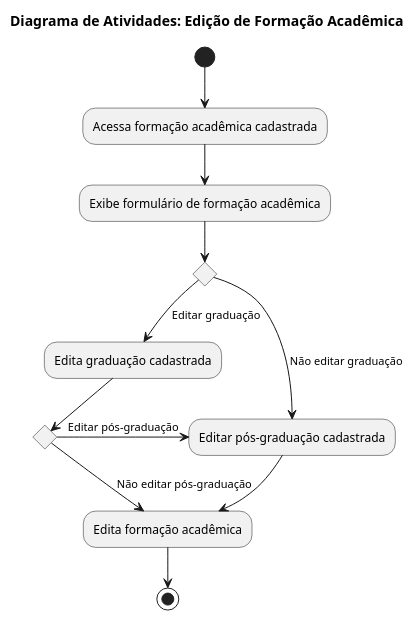
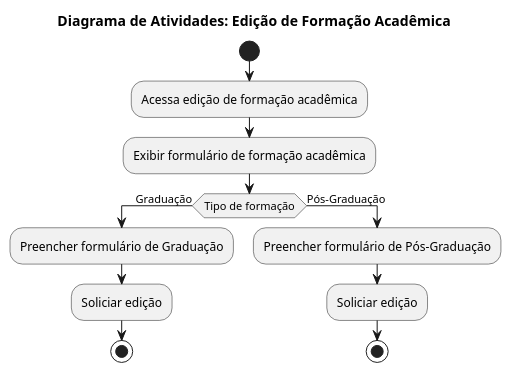
The diagram in Diagramas/Formação Acadêmica/diagAtivEditFormAcademica.wsd (WellingtonFelipeLS/Lattes-Simplificado), drawn with PlantUML before and after one commit. The commit also changed 19 other files, not shown here.

Commit message:
Patronização dos diagramas.

```diff
--- a/Diagramas/Formação Acadêmica/diagAtivEditFormAcademica.wsd
+++ b/Diagramas/Formação Acadêmica/diagAtivEditFormAcademica.wsd
@@ -1,19 +1,17 @@
 @startuml   diagramaAtividade
 
     title "Diagrama de Atividades: Edição de Formação Acadêmica"
 
-    (*) --> Acessa formação acadêmica cadastrada
-    --> Exibe formulário de formação acadêmica
-    if "" then
-    -->[Editar graduação] Edita graduação cadastrada
-            if "" then
-            ->[Editar pós-graduação] "Editar pós-graduação cadastrada" as editPG
-            --> "Edita formação acadêmica" as editFA
-            else
-            -->[Não editar pós-graduação] editFA
-            -->(*)
-            endif
-    else
-    -->[Não editar graduação] editPG
+    start
+    :Acessa edição de formação acadêmica;
+    :Exibir formulário de formação acadêmica;
+    if (Tipo de formação) then (Graduação)
+    	:Preencher formulário de Graduação;
+		:Soliciar edição;
+		stop
+    else (Pós-Graduação)
+    	:Preencher formulário de Pós-Graduação;
+		:Soliciar edição;
+		stop
     endif
 @enduml 
```
